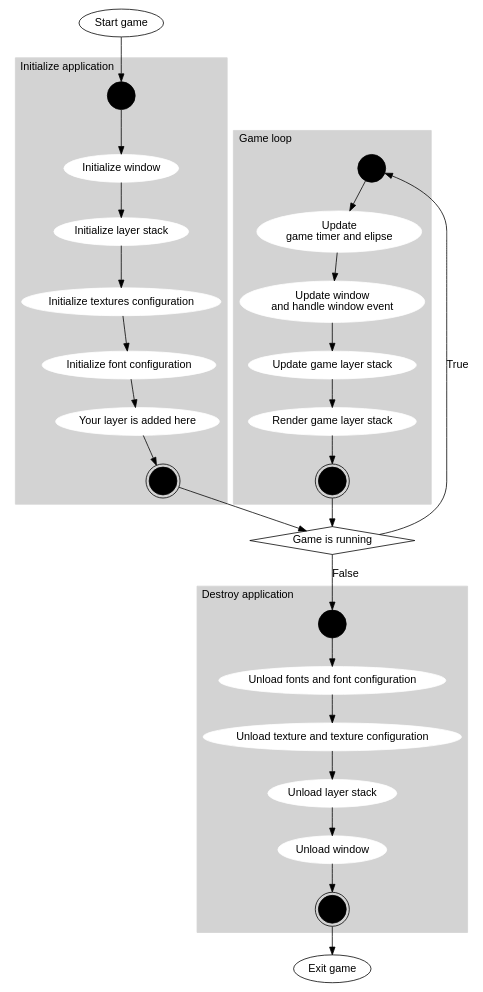
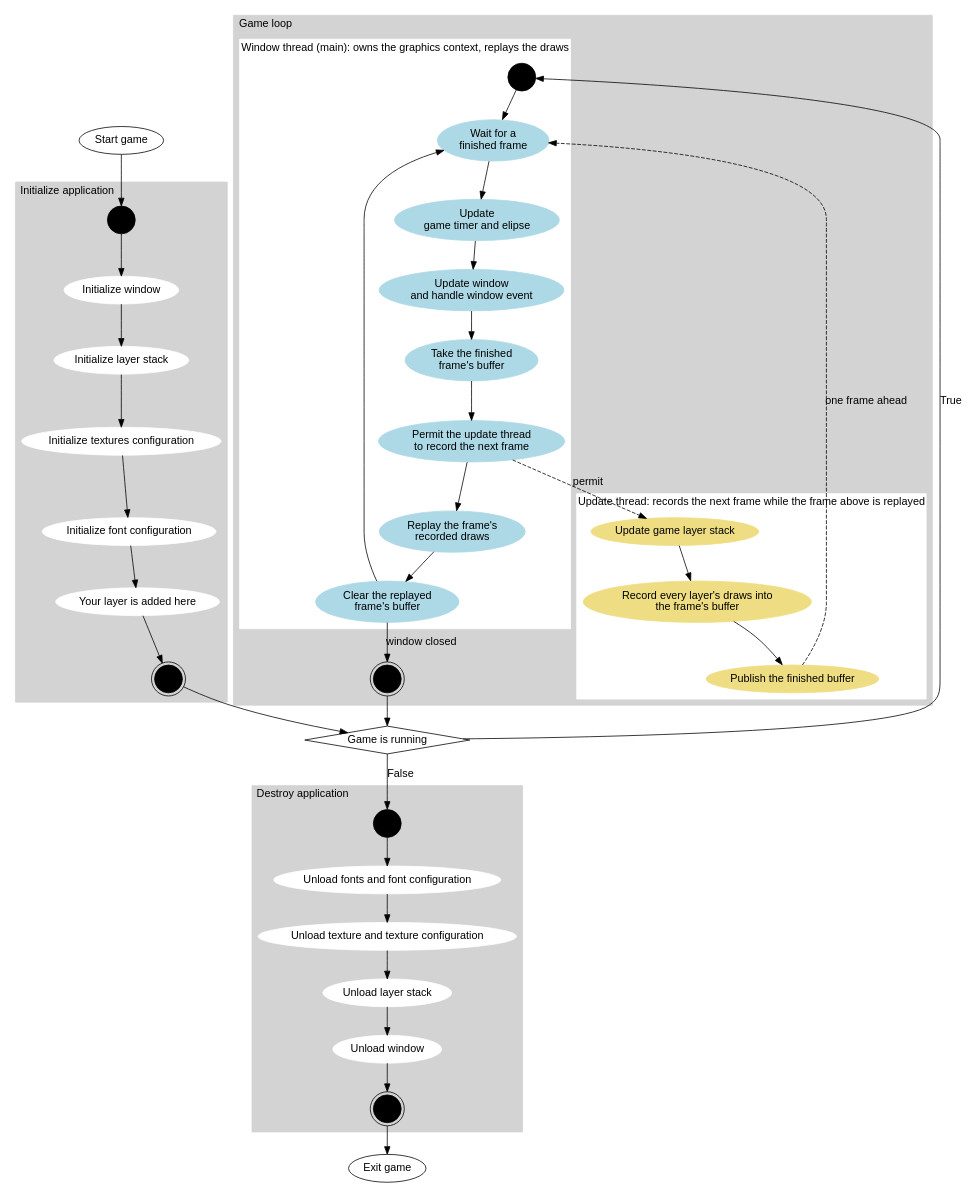
One commit to hailiang194/NeoSekaiEngine changed the diagram in doc/diagrams/lifecycle/lifecycle.dot. Above: the diagram before and after it, drawn with Graphviz. The commit also changed 10 other files, not shown here.

First line of the commit message:
feat(#39): run the frame pipeline on two threads with recorded draw replay

```diff
--- a/doc/diagrams/lifecycle/lifecycle.dot
+++ b/doc/diagrams/lifecycle/lifecycle.dot
@@ -1,144 +1,190 @@
 digraph LifeCycle {
 	fontname="Helvetica,Arial,sans-serif"
 	node [fontname="Helvetica,Arial,sans-serif"]
 	edge [fontname="Helvetica,Arial,sans-serif"]
 
     start_game -> init_start;
     init_end -> check_game_run;
     check_game_run -> game_start[label="True"];
     game_end -> check_game_run;
     check_game_run -> destroy_start[label="False"];
     destroy_end -> exit_game;
 
 	subgraph cluster_0 {
 		style=filled;
 		color=lightgrey;
 		node [style=filled,color=white];
 		init_start 
         -> init_window
         -> init_layer_stack 
         -> init_textures 
         -> init_fonts
         -> init_add_custom_layer
         -> init_end;
 		label = "Initialize application";
         labeljust="l"
         init_start [
             shape=circle
             style=filled
             color=black
             label=""
         ];
         init_end [
             shape=doublecircle
             style=filled
             color=black
             label=""
         ];
         init_window[
             label="Initialize window"
         ];
         init_layer_stack[
             label="Initialize layer stack"
         ]
         init_textures[
             label="Initialize textures configuration"
         ]
         init_fonts[
             label="Initialize font configuration"
         ]
         init_add_custom_layer [
             label="Your layer is added here"
         ]
 	}
 
 	subgraph cluster_1 {
 		style=filled;
 		color=lightgrey;
 		node [style=filled,color=white];
 		destroy_start 
         -> destroy_fonts 
         -> destroy_textures 
         -> destroy_layer_stack 
         -> destroy_window 
         -> destroy_end;
 		label = "Destroy application";
         labeljust="l"
         destroy_start [
             shape=circle
             style=filled
             color=black
             label=""
         ];
         destroy_end [
             shape=doublecircle
             style=filled
             color=black
             label=""
         ];
         destroy_fonts [
             label="Unload fonts and font configuration"
         ];
         destroy_textures [
             label="Unload texture and texture configuration"
         ];
         destroy_layer_stack [
             label="Unload layer stack"
         ]
         destroy_window [
             label="Unload window"
         ]
 	}
 
     subgraph cluster_2 {
 		style=filled;
 		color=lightgrey;
 		node [style=filled,color=white];
-		game_start
-        -> game_update_elipse
-        -> game_update_window
-        -> update_layer
-        -> render_layer
-        -> game_end;
-		label = "Game loop";
-        labeljust="l"
-        game_start [
-            shape=circle
-            style=filled
-            color=black
-            label=""
-        ];
+
+		subgraph cluster_2_window {
+			style=filled;
+			color=white;
+			node [style=filled,color=lightblue];
+			game_start
+	        -> game_wait_frame
+	        -> game_update_elipse
+	        -> game_update_window
+	        -> game_take_frame
+	        -> game_release_permit
+	        -> game_replay_frame
+	        -> game_clear_frame
+	        -> game_wait_frame;
+			label = "Window thread (main): owns the graphics context, replays the draws";
+			labeljust="l"
+	        game_start [
+	            shape=circle
+	            style=filled
+	            color=black
+	            label=""
+	        ];
+	        game_wait_frame [
+	            label="Wait for a \nfinished frame"
+	        ];
+	        game_update_elipse [
+	            label="Update \ngame timer and elipse"
+	        ];
+	        game_update_window [
+	            label="Update window \nand handle window event"
+	        ];
+	        game_take_frame [
+	            label="Take the finished \nframe's buffer"
+	        ];
+	        game_release_permit [
+	            label="Permit the update thread \nto record the next frame"
+	        ];
+	        game_replay_frame [
+	            label="Replay the frame's \nrecorded draws"
+	        ];
+	        game_clear_frame [
+	            label="Clear the replayed \nframe's buffer"
+	        ];
+		}
+
+		subgraph cluster_2_update {
+			style=filled;
+			color=white;
+			node [style=filled,color=lightgoldenrod];
+	        game_update_layer
+	        -> game_record_layer
+	        -> game_publish_frame;
+			label = "Update thread: records the next frame while the frame above is replayed";
+			labeljust="l"
+	        game_update_layer [
+	            label="Update game layer stack";
+	        ];
+	        game_record_layer [
+	            label="Record every layer's draws into \nthe frame's buffer"
+	        ];
+	        game_publish_frame [
+	            label="Publish the finished buffer"
+	        ];
+		}
+
         game_end [
             shape=doublecircle
             style=filled
             color=black
             label=""
         ];
-        game_update_elipse [
-            label="Update \ngame timer and elipse"
-        ];
-        game_update_window [
-            label="Update window \nand handle window event"
-        ];
-        update_layer [
-            label="Update game layer stack";
-        ];
-        render_layer [
-            label="Render game layer stack"
-        ]
+
+		game_release_permit -> game_update_layer [style=dashed,label="permit"];
+		game_publish_frame -> game_wait_frame [style=dashed,label="one frame ahead"];
+		game_clear_frame -> game_end [label="window closed"];
+
+		label = "Game loop";
+        labeljust="l"
 	}
 
     check_game_run [
         shape=diamond
         label="Game is running"
     ]
 
     start_game [
         label="Start game"
     ]
 
     exit_game [
         label="Exit game"
     ]
 
 }
```
